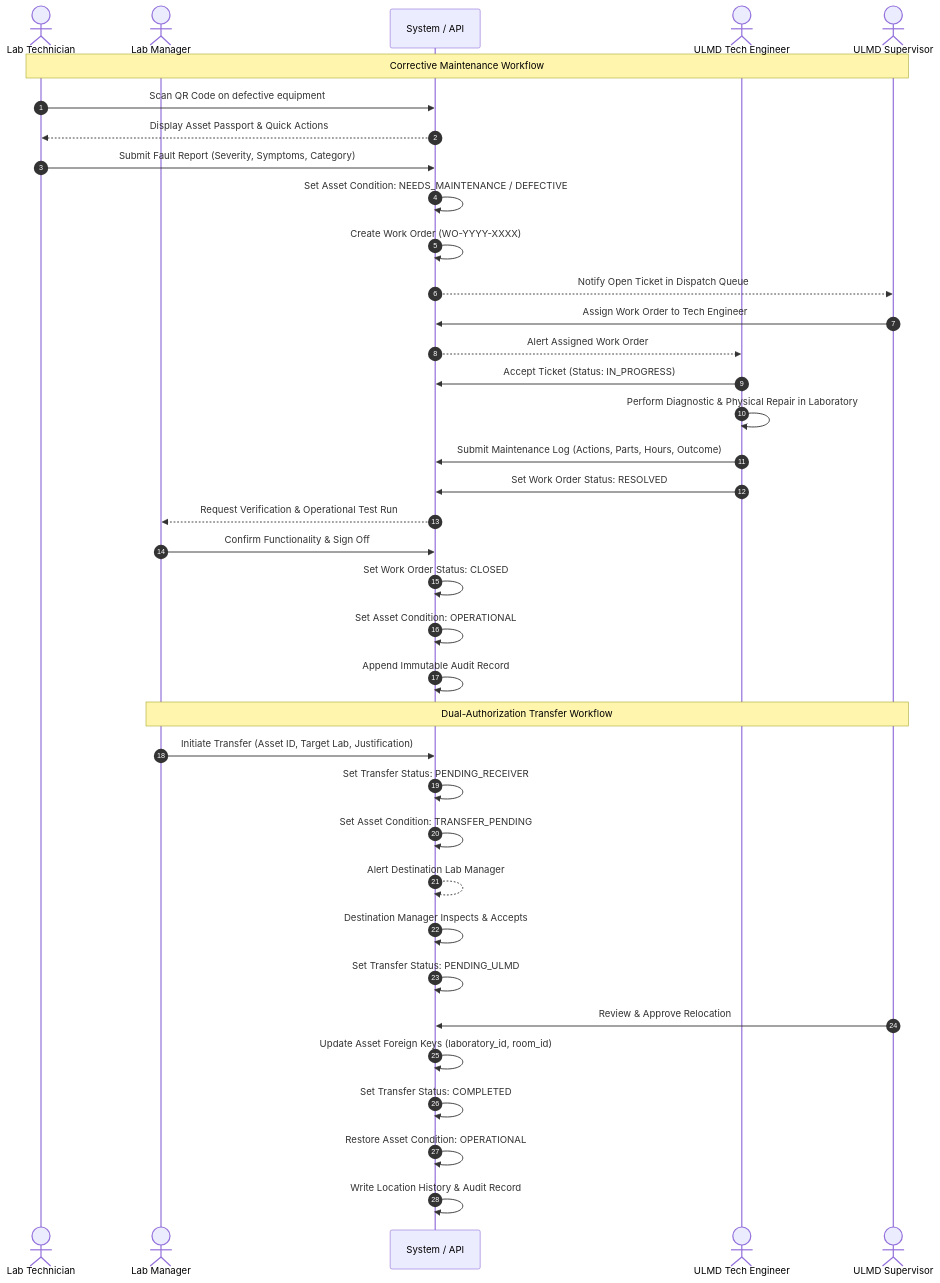
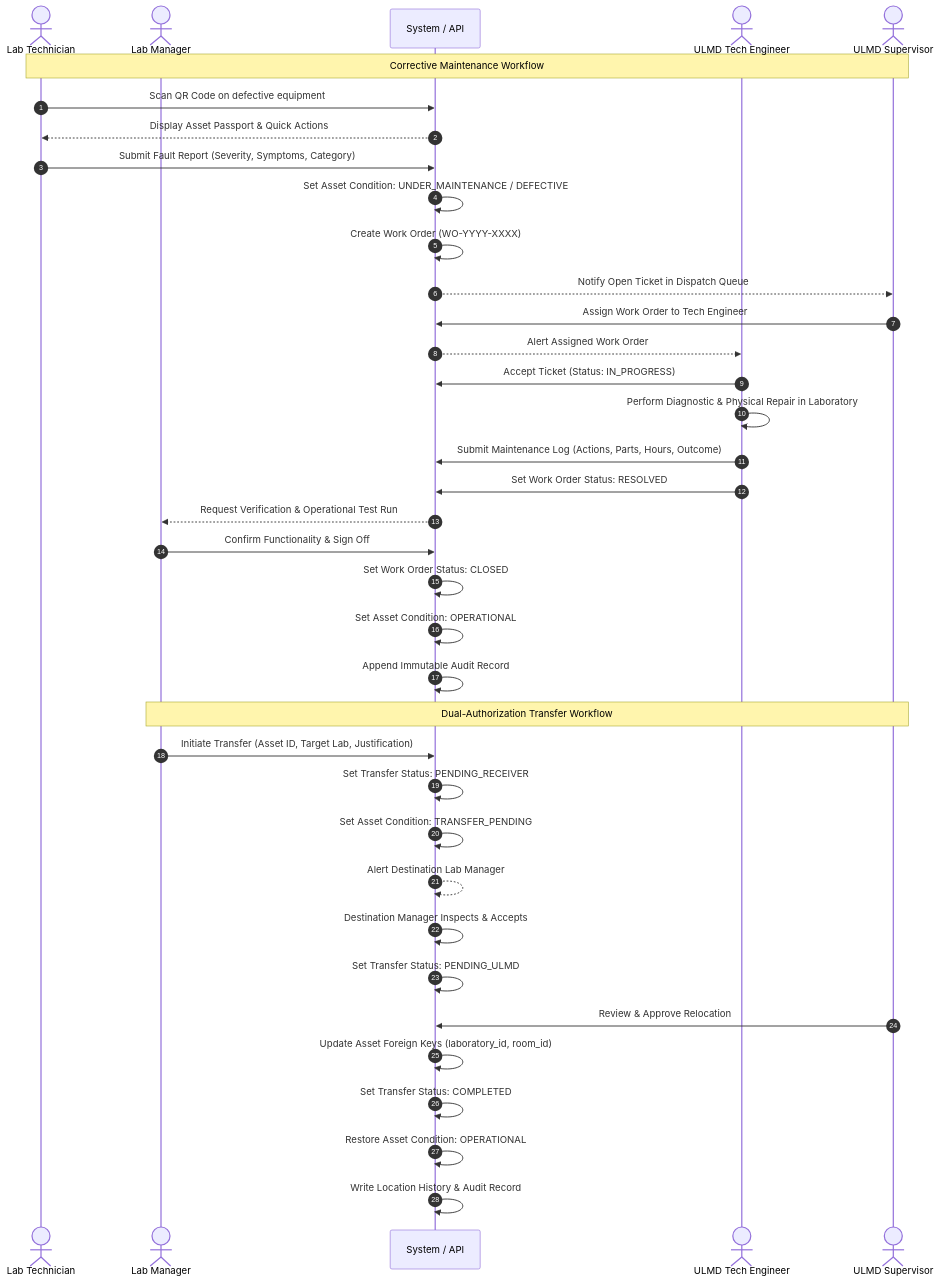
One commit to 1Feycode/laboratory-management-system-for-haramaya-university changed the diagram in docs/diagrams/activity-diagrams.mmd. Above: the diagram before and after it, drawn with Mermaid. The commit also changed 6 other files, not shown here.

```diff
--- a/docs/diagrams/activity-diagrams.mmd
+++ b/docs/diagrams/activity-diagrams.mmd
@@ -1,39 +1,39 @@
 sequenceDiagram
     autonumber
     actor Tech as Lab Technician
     actor Mgr as Lab Manager
     participant Sys as System / API
     actor Eng as ULMD Tech Engineer
     actor Dir as ULMD Supervisor
 
     Note over Tech, Dir: Corrective Maintenance Workflow
     Tech->>Sys: Scan QR Code on defective equipment
     Sys-->>Tech: Display Asset Passport & Quick Actions
     Tech->>Sys: Submit Fault Report (Severity, Symptoms, Category)
-    Sys->>Sys: Set Asset Condition: NEEDS_MAINTENANCE / DEFECTIVE
+    Sys->>Sys: Set Asset Condition: UNDER_MAINTENANCE / DEFECTIVE
     Sys->>Sys: Create Work Order (WO-YYYY-XXXX)
     Sys-->>Dir: Notify Open Ticket in Dispatch Queue
     Dir->>Sys: Assign Work Order to Tech Engineer
     Sys-->>Eng: Alert Assigned Work Order
     Eng->>Sys: Accept Ticket (Status: IN_PROGRESS)
     Eng->>Eng: Perform Diagnostic & Physical Repair in Laboratory
     Eng->>Sys: Submit Maintenance Log (Actions, Parts, Hours, Outcome)
     Eng->>Sys: Set Work Order Status: RESOLVED
     Sys-->>Mgr: Request Verification & Operational Test Run
     Mgr->>Sys: Confirm Functionality & Sign Off
     Sys->>Sys: Set Work Order Status: CLOSED
     Sys->>Sys: Set Asset Condition: OPERATIONAL
     Sys->>Sys: Append Immutable Audit Record
 
     Note over Mgr, Dir: Dual-Authorization Transfer Workflow
     Mgr->>Sys: Initiate Transfer (Asset ID, Target Lab, Justification)
     Sys->>Sys: Set Transfer Status: PENDING_RECEIVER
     Sys->>Sys: Set Asset Condition: TRANSFER_PENDING
     Sys-->>Sys: Alert Destination Lab Manager
     Sys->>Sys: Destination Manager Inspects & Accepts
     Sys->>Sys: Set Transfer Status: PENDING_ULMD
     Dir->>Sys: Review & Approve Relocation
     Sys->>Sys: Update Asset Foreign Keys (laboratory_id, room_id)
     Sys->>Sys: Set Transfer Status: COMPLETED
     Sys->>Sys: Restore Asset Condition: OPERATIONAL
     Sys->>Sys: Write Location History & Audit Record
```
